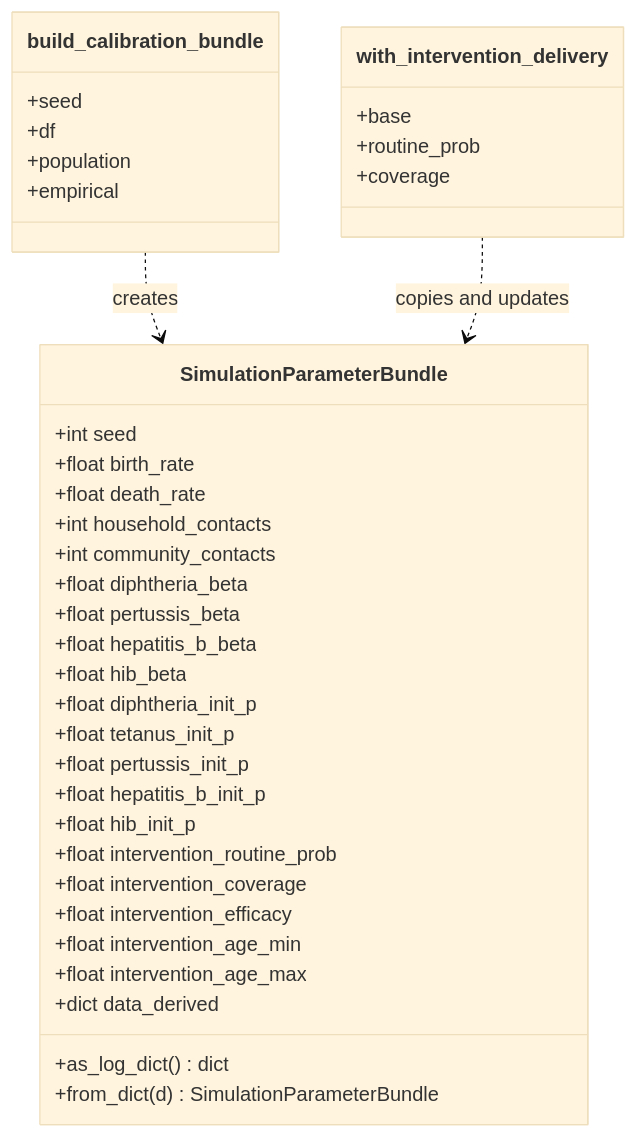
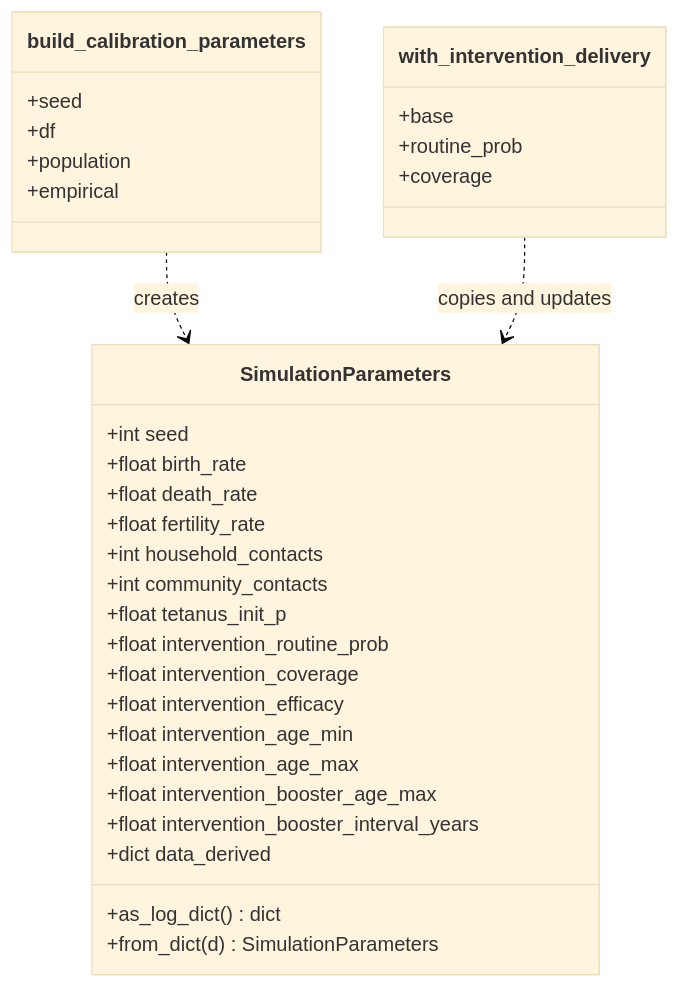
One commit to starsimhub/zdsim changed the fifth of 12 diagrams in docs/ARCHITECTURE.md. Above: the diagram before and after it, drawn with Mermaid (base theme). The commit also changed other lines of this file, not shown here.

````diff
--- a/docs/ARCHITECTURE.md
+++ b/docs/ARCHITECTURE.md
@@ -164,43 +164,38 @@
 ```mermaid
 classDiagram
-    class SimulationParameterBundle {
+    class SimulationParameters {
         +int seed
         +float birth_rate
         +float death_rate
+        +float fertility_rate
         +int household_contacts
         +int community_contacts
-        +float diphtheria_beta
-        +float pertussis_beta
-        +float hepatitis_b_beta
-        +float hib_beta
-        +float diphtheria_init_p
         +float tetanus_init_p
-        +float pertussis_init_p
-        +float hepatitis_b_init_p
-        +float hib_init_p
         +float intervention_routine_prob
         +float intervention_coverage
         +float intervention_efficacy
         +float intervention_age_min
         +float intervention_age_max
+        +float intervention_booster_age_max
+        +float intervention_booster_interval_years
         +dict data_derived
         +as_log_dict() dict
-        +from_dict(d) SimulationParameterBundle
+        +from_dict(d) SimulationParameters
     }
 
-    class build_calibration_bundle {
+    class build_calibration_parameters {
         +seed
         +df
         +population
         +empirical
     }
 
     class with_intervention_delivery {
         +base
         +routine_prob
         +coverage
     }
 
-    build_calibration_bundle ..> SimulationParameterBundle : creates
-    with_intervention_delivery ..> SimulationParameterBundle : copies and updates
+    build_calibration_parameters ..> SimulationParameters : creates
+    with_intervention_delivery ..> SimulationParameters : copies and updates
 ```
````
